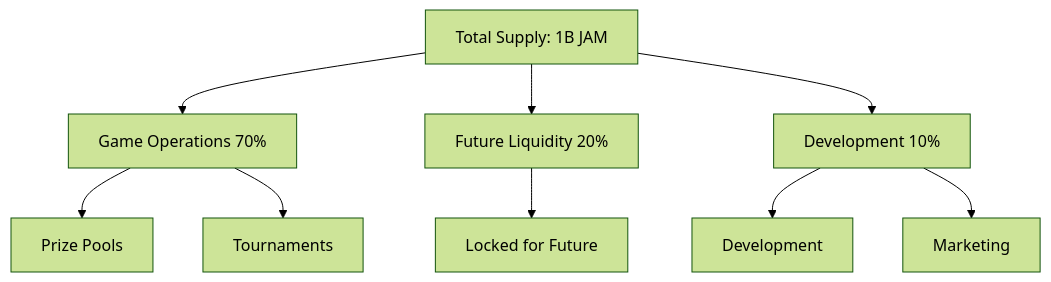
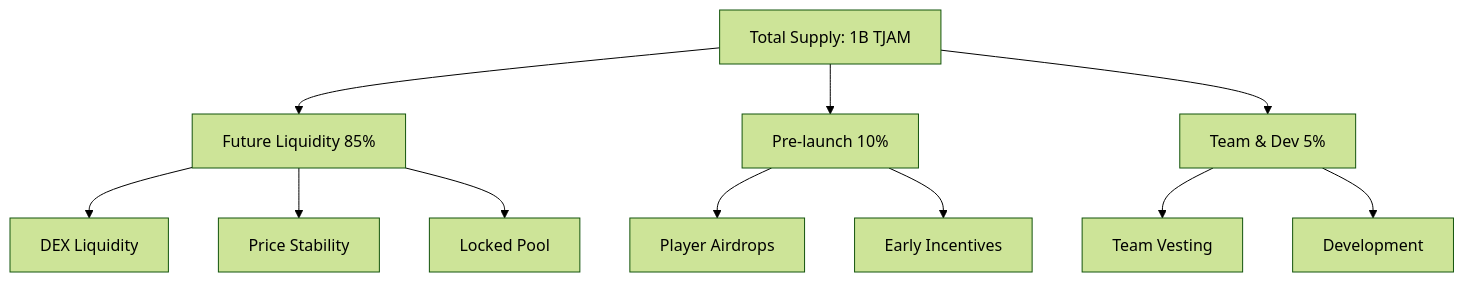
One commit to open-game-collective/trivia-jam changed the sixth of 12 diagrams in SOLANA.md. Above: the diagram before and after it, drawn with Mermaid (forest theme). The commit also changed other lines of this file and 20 other files, not shown here.

````diff
--- a/SOLANA.md
+++ b/SOLANA.md
@@ -27,14 +173,16 @@
 ```mermaid
 flowchart TD
-    A[Total Supply: 1B JAM] --> B[Game Operations 70%]
-    A --> C[Future Liquidity 20%]
-    A --> D[Development 10%]
+    A[Total Supply: 1B TJAM] --> B[Future Liquidity 85%]
+    A --> C[Pre-launch 10%]
+    A --> D[Team & Dev 5%]
     
-    B --> B1[Prize Pools]
-    B --> B2[Tournaments]
+    B --> B1[DEX Liquidity]
+    B --> B2[Price Stability]
+    B --> B3[Locked Pool]
     
-    C --> C1[Locked for Future]
+    C --> C1[Player Airdrops]
+    C --> C2[Early Incentives]
     
-    D --> D1[Development]
-    D --> D2[Marketing]
+    D --> D1[Team Vesting]
+    D --> D2[Development]
 ```
````
